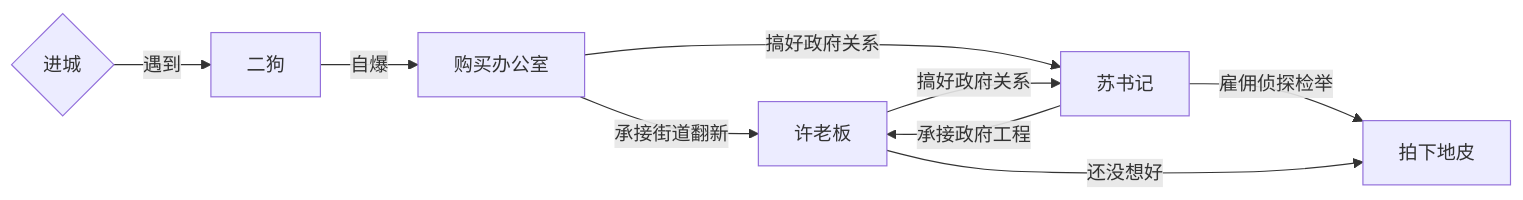
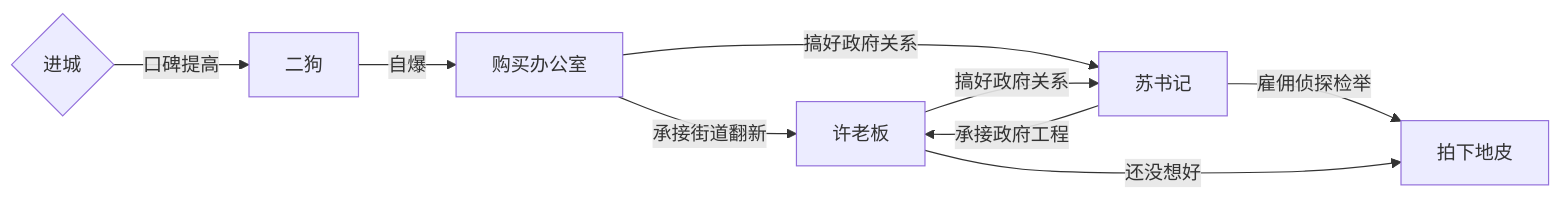
The second of 2 diagrams in docs/new/earth developer.md (GoodTimeStudio/earth-developer-documents), drawn with Mermaid before and after one commit. The commit also changed other lines of this file and 50 other files, not shown here.

````diff
--- a/docs/new/earth developer.md
+++ b/docs/new/earth developer.md
@@ -94,11 +100,11 @@
 ```mermaid
 graph LR
-    A{进城} -->|遇到| B[二狗];
+    A{进城} -->|口碑提高| B[二狗];
     B -->|自爆| C[购买办公室];
     C -->|承接街道翻新| D[许老板];
     C -->|搞好政府关系| E[苏书记];
     D -->|搞好政府关系| E;
     E -->|承接政府工程| D;
     E -->|雇佣侦探检举| F[拍下地皮];
     D -->|还没想好| F[拍下地皮];
 ```
````
